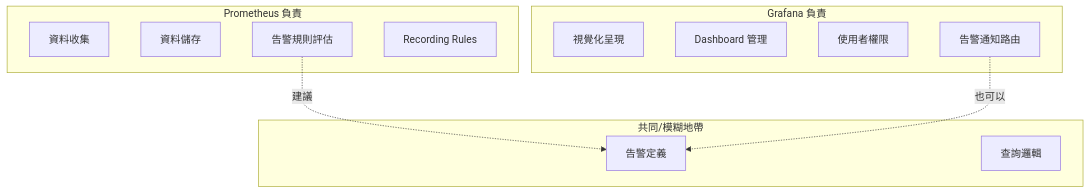
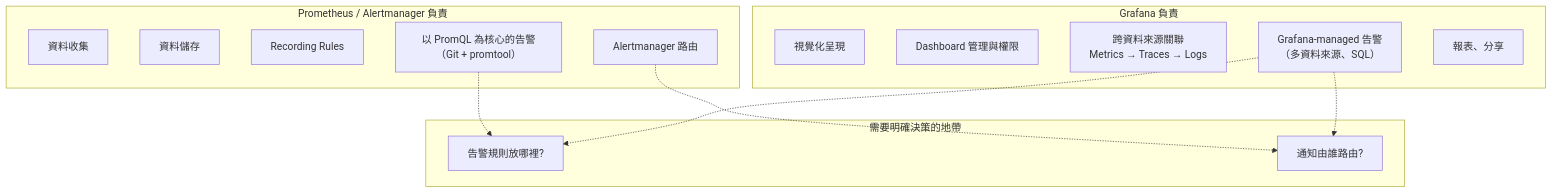
Diagram 17 of 28 in content/posts/教學/工具/Metrics Visualization 教學手冊.md (chihhung/Blog), drawn with Mermaid before and after one commit. The commit also changed other lines of this file and 8 other files, not shown here.

````diff
--- a/content/posts/教學/工具/Metrics Visualization 教學手冊.md
+++ b/content/posts/教學/工具/Metrics Visualization 教學手冊.md
@@ -1002,24 +2039,28 @@
 ```mermaid
 flowchart TB
-    subgraph Prometheus["Prometheus 負責"]
-        P1[資料收集]
-        P2[資料儲存]
-        P3[告警規則評估]
-        P4[Recording Rules]
+    subgraph Prometheus["Prometheus / Alertmanager 負責"]
+        P1["資料收集"]
+        P2["資料儲存"]
+        P3["Recording Rules"]
+        P4["以 PromQL 為核心的告警（Git + promtool）"]
+        P5["Alertmanager 路由"]
     end
-    
+
     subgraph Grafana["Grafana 負責"]
-        G1[視覺化呈現]
-        G2[Dashboard 管理]
-        G3[使用者權限]
-        G4[告警通知路由]
+        G1["視覺化呈現"]
+        G2["Dashboard 管理與權限"]
+        G3["跨資料來源關聯<br/>Metrics → Traces → Logs"]
+        G4["Grafana-managed 告警<br/>（多資料來源、SQL）"]
+        G5["報表、分享"]
     end
-    
-    subgraph Shared["共同/模糊地帶"]
-        S1[告警定義]
-        S2[查詢邏輯]
+
+    subgraph Shared["需要明確決策的地帶"]
+        S1["告警規則放哪裡?"]
+        S2["通知由誰路由?"]
     end
-    
-    P3 -.->|建議| S1
-    G4 -.->|也可以| S1
+
+    P4 -.-> S1
+    G4 -.-> S1
+    P5 -.-> S2
+    G4 -.-> S2
 ```
````
